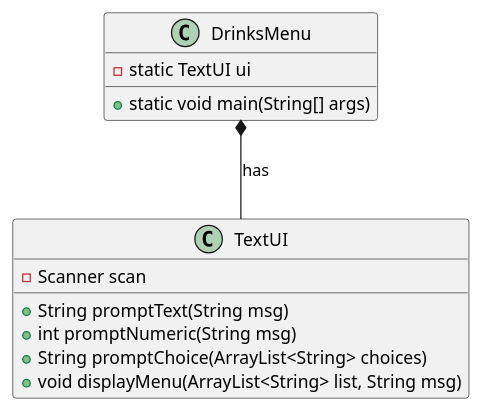
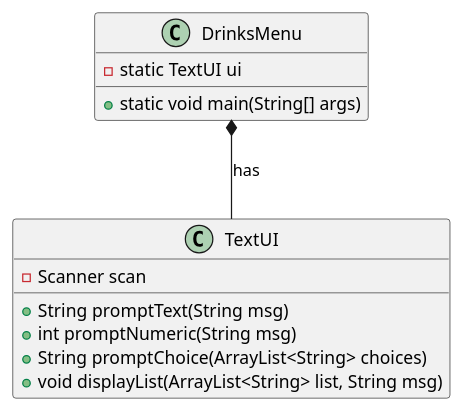
Before and after one commit to Eligoon/DrinksMenu: the diagram in doc/TextUIclassdiagram.puml, drawn with PlantUML. The commit also changed 1 other file, not shown here.

Commit message:
renaming, full sequence

```diff
--- a/doc/TextUIclassdiagram.puml
+++ b/doc/TextUIclassdiagram.puml
@@ -1,20 +1,20 @@
 @startuml
 
 class TextUI {
 - Scanner scan
 ' shows a message and returns the user's input as a String
 + String promptText(String msg)
 ' shows a message and returns the user's input as an integer
 + int promptNumeric(String msg)
 ' shows a message, lists the content of a list and returns the user's choice
 + String promptChoice(ArrayList<String> choices)
 ' shows a message and lists the content of a list
-+ void displayMenu(ArrayList<String> list, String msg)
++ void displayList(ArrayList<String> list, String msg)
 }
 
 class DrinksMenu {
 - static TextUI ui
 + static void main(String[] args)
 }
 DrinksMenu *-- TextUI: has
 @endumluml
```
